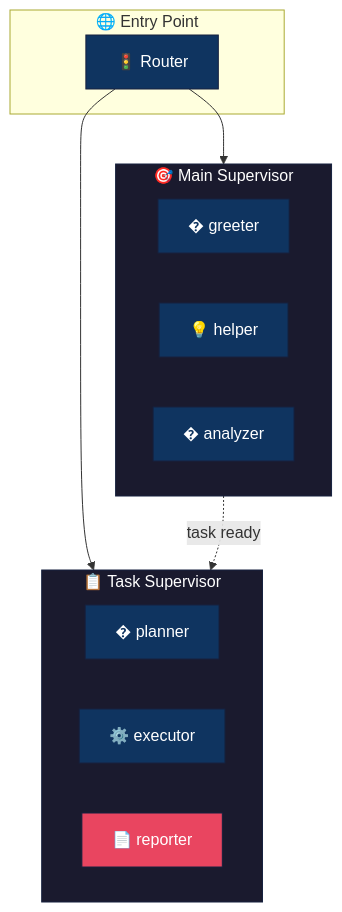
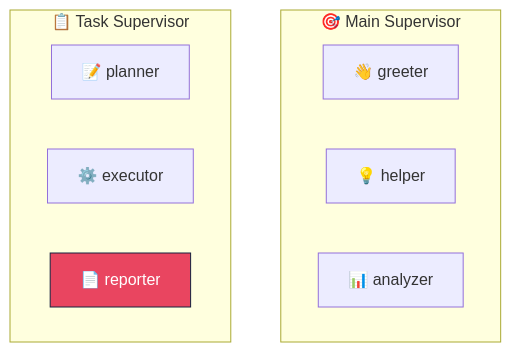
Before and after one commit to Pablo11111544545/agent-contracts: the second of 5 diagrams in docs/ARCHITECTURE_SAMPLE.md, drawn with Mermaid. The commit also changed other lines of this file and 2 other files, not shown here.

Commit message:
feat: Enhance architecture visualization with detailed data flow, slice dependencies, and supervisor-specific priority chains.

````diff
--- a/docs/ARCHITECTURE_SAMPLE.md
+++ b/docs/ARCHITECTURE_SAMPLE.md
@@ -54,32 +36,19 @@
 ```mermaid
 flowchart TB
-    subgraph root["🌐 Entry Point"]
-        router["🚦 Router"]
+    subgraph main["🎯 Main Supervisor"]
+        direction LR
+        greeter["👋 greeter"]
+        helper["💡 helper"]
+        analyzer["📊 analyzer"]
     end
     
-    subgraph main["🎯 Main Supervisor"]
+    subgraph task_sup["📋 Task Supervisor"]
         direction LR
-        greeter["� greeter"]
-        helper["💡 helper"]
-        analyzer["� analyzer"]
-    end
-    
-    subgraph task["📋 Task Supervisor"]
-        direction LR
-        planner["� planner"]
+        planner["📝 planner"]
         executor["⚙️ executor"]
         reporter["📄 reporter"]
     end
-    
-    router --> main
-    router --> task
-    main -.->|"task ready"| task
-    
-    classDef supervisor fill:#1a1a2e,stroke:#16213e,color:#fff
-    classDef node fill:#0f3460,stroke:#16213e,color:#fff
+
     classDef terminal fill:#e94560,stroke:#16213e,color:#fff
-    
-    class main,task supervisor
-    class greeter,helper,analyzer,planner,executor node
     class reporter terminal
 ```
````
